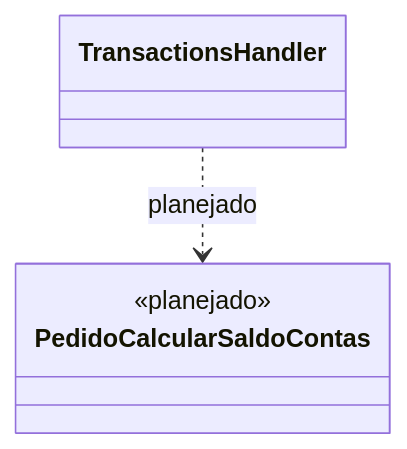
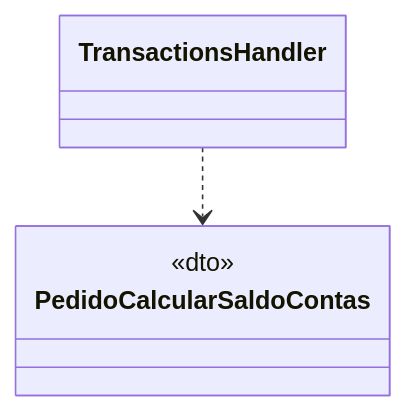
The ninth of 12 diagrams in docs/uml/classes/srv-transactions.md (MiguelFMont/ES-PI4-2026-T1-G18), drawn with Mermaid before and after one commit. The commit also changed other lines of this file and 27 other files, not shown here.

Commit message:
docs: UML só do Servidor (remove diagramas de classes do Backend e do Frontend e as marcas de planejado)

````diff
--- a/docs/uml/classes/srv-transactions.md
+++ b/docs/uml/classes/srv-transactions.md
@@ -303,8 +302,7 @@
 ```mermaid
 classDiagram
     class PedidoCalcularSaldoContas {
-        <<planejado>>
         <<dto>>
     }
-    TransactionsHandler ..> PedidoCalcularSaldoContas : planejado
+    TransactionsHandler ..> PedidoCalcularSaldoContas
 ```
````
